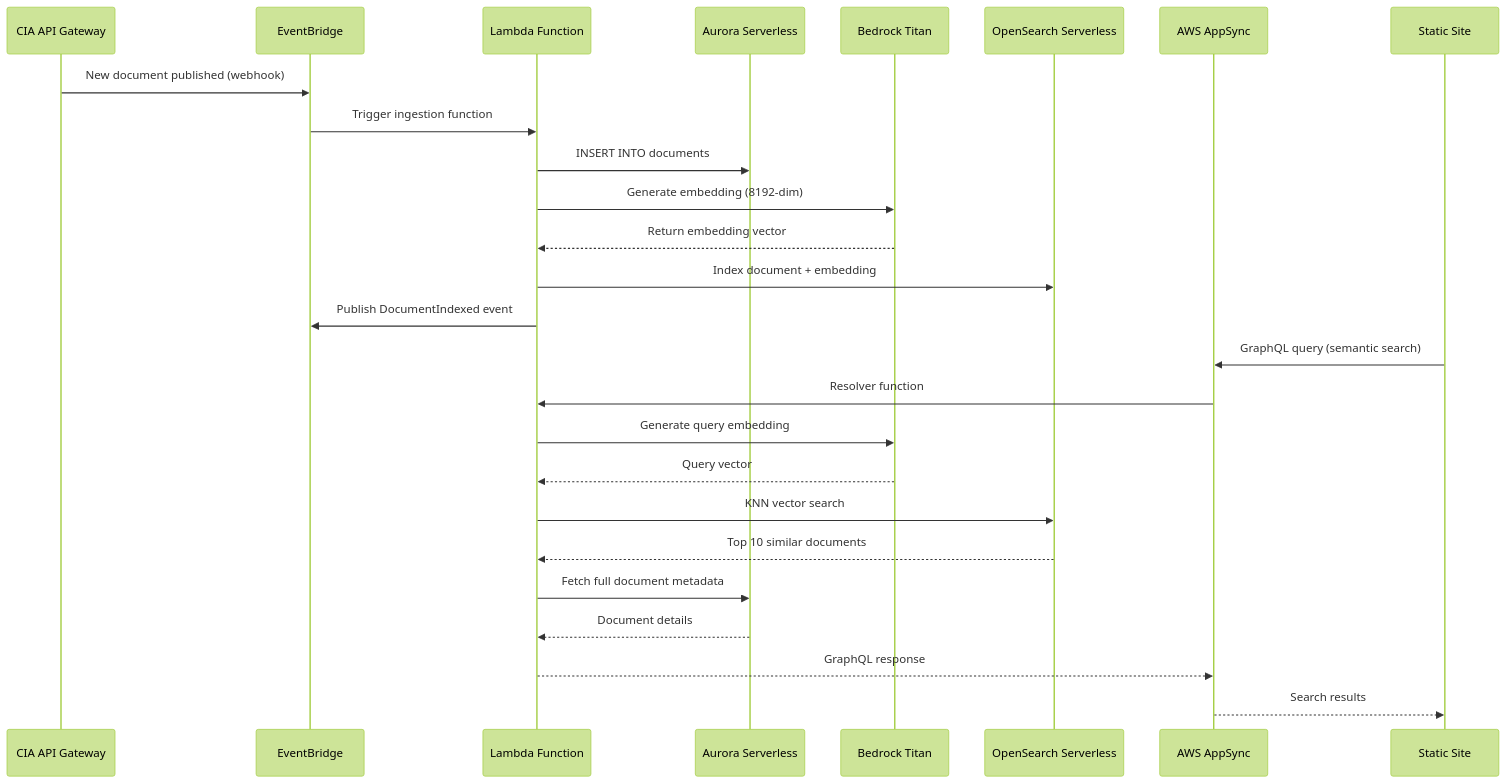
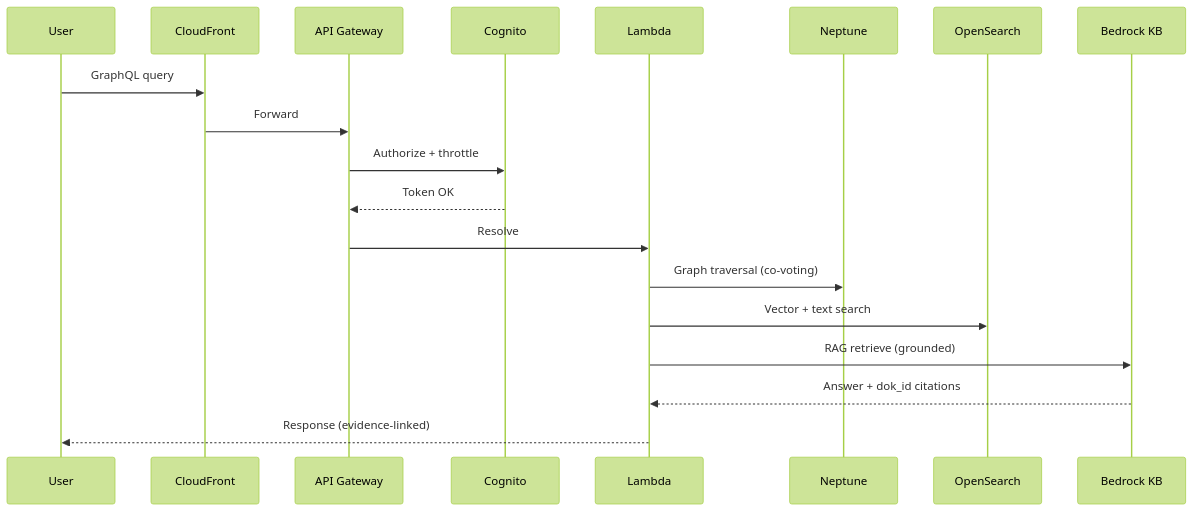
One commit to Hack23/riksdagsmonitor changed diagram 12 of 18 in FUTURE_DATA_MODEL.md. Above: the diagram before and after it, drawn with Mermaid (forest theme). The commit also changed other lines of this file and 5 other files, not shown here.

Commit message:
Rewrite FUTURE_DATA_MODEL.md as three-horizon data architecture (v3.0)

````diff
--- a/FUTURE_DATA_MODEL.md
+++ b/FUTURE_DATA_MODEL.md
@@ -1202,30 +1037,21 @@
 ```mermaid
 sequenceDiagram
-    participant CIA as CIA API Gateway
-    participant EB as EventBridge
-    participant Lambda as Lambda Function
-    participant Aurora as Aurora Serverless
-    participant Bedrock as Bedrock Titan
-    participant OpenSearch as OpenSearch Serverless
-    participant AppSync as AWS AppSync
-    participant Client as Static Site
-    
-    CIA->>EB: New document published (webhook)
-    EB->>Lambda: Trigger ingestion function
-    Lambda->>Aurora: INSERT INTO documents
-    Lambda->>Bedrock: Generate embedding (8192-dim)
-    Bedrock-->>Lambda: Return embedding vector
-    Lambda->>OpenSearch: Index document + embedding
-    Lambda->>EB: Publish DocumentIndexed event
-    
-    Client->>AppSync: GraphQL query (semantic search)
-    AppSync->>Lambda: Resolver function
-    Lambda->>Bedrock: Generate query embedding
-    Bedrock-->>Lambda: Query vector
-    Lambda->>OpenSearch: KNN vector search
-    OpenSearch-->>Lambda: Top 10 similar documents
-    Lambda->>Aurora: Fetch full document metadata
-    Aurora-->>Lambda: Document details
-    Lambda-->>AppSync: GraphQL response
-    AppSync-->>Client: Search results
+    participant U as User
+    participant CF as CloudFront
+    participant GW as API Gateway
+    participant C as Cognito
+    participant L as Lambda
+    participant N as Neptune
+    participant O as OpenSearch
+    participant K as Bedrock KB
+    U->>CF: GraphQL query
+    CF->>GW: Forward
+    GW->>C: Authorize + throttle
+    C-->>GW: Token OK
+    GW->>L: Resolve
+    L->>N: Graph traversal (co-voting)
+    L->>O: Vector + text search
+    L->>K: RAG retrieve (grounded)
+    K-->>L: Answer + dok_id citations
+    L-->>U: Response (evidence-linked)
 ```
````
